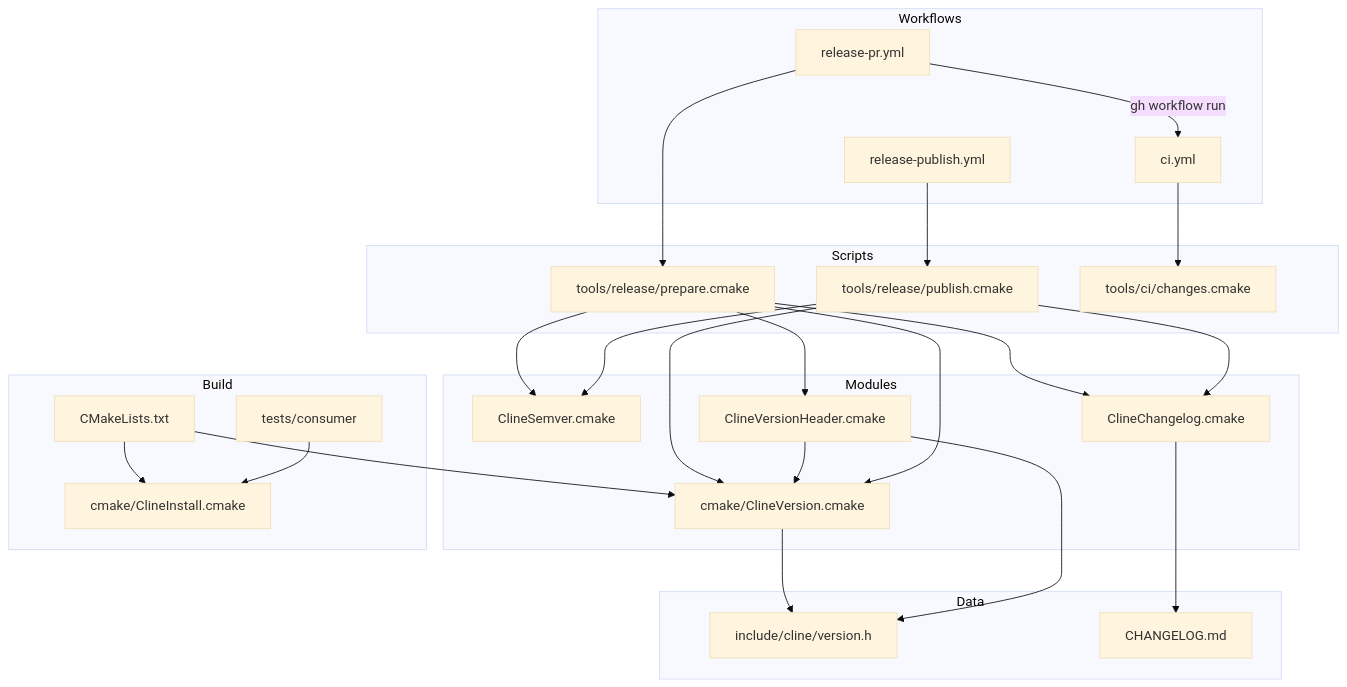
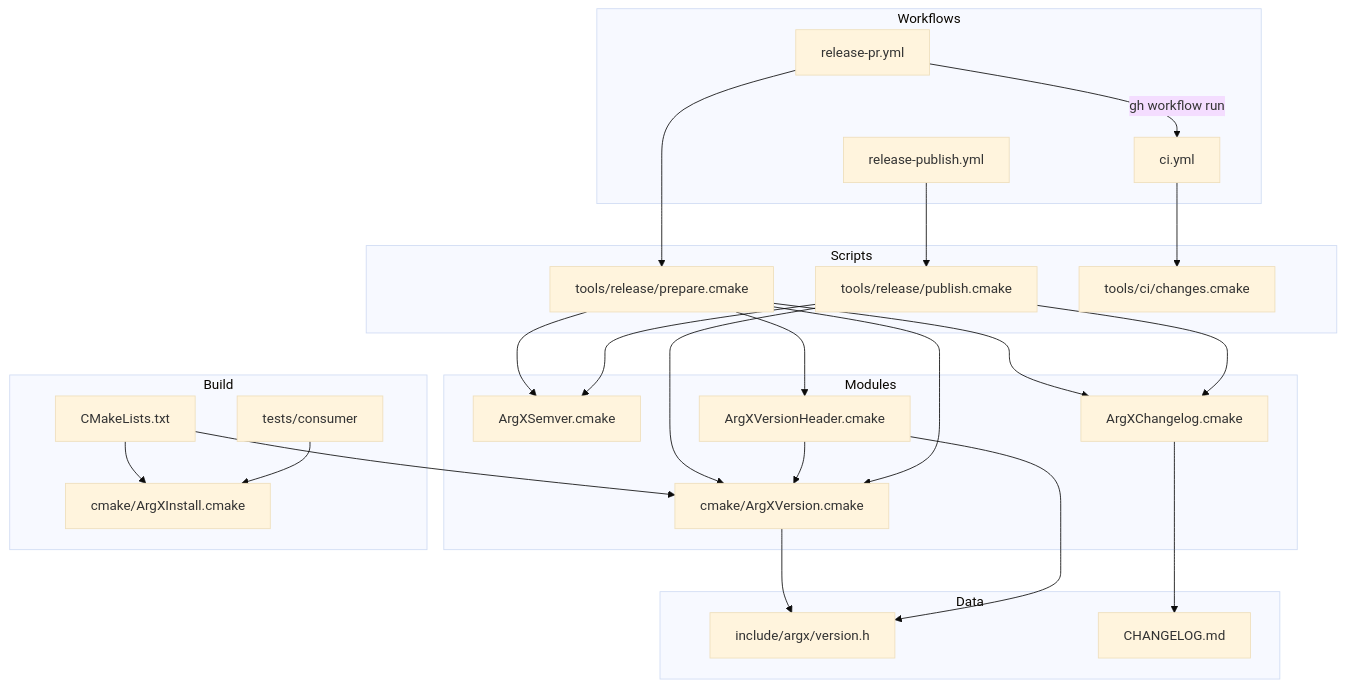
The first of 4 diagrams in .kiro/specs/release-automation/design.md (ktdevx/cargs), drawn with Mermaid (base theme) before and after one commit. The commit also changed other lines of this file and 177 other files, not shown here.

First line of the commit message:
Rename project from CLine to ArgX

````diff
--- a/.kiro/specs/release-automation/design.md
+++ b/.kiro/specs/release-automation/design.md
@@ -68,46 +68,46 @@
 ```mermaid
 graph TB
     subgraph Workflows
         ReleasePR[release-pr.yml]
         Publish[release-publish.yml]
         CI[ci.yml]
     end
     subgraph Scripts
         Prepare[tools/release/prepare.cmake]
         PublishScript[tools/release/publish.cmake]
         Changes[tools/ci/changes.cmake]
     end
     subgraph Modules
-        Semver[ClineSemver.cmake]
-        Changelog[ClineChangelog.cmake]
-        HeaderWriter[ClineVersionHeader.cmake]
-        VersionRead[cmake/ClineVersion.cmake]
+        Semver[ArgXSemver.cmake]
+        Changelog[ArgXChangelog.cmake]
+        HeaderWriter[ArgXVersionHeader.cmake]
+        VersionRead[cmake/ArgXVersion.cmake]
     end
     subgraph Data
-        Header[include/cline/version.h]
+        Header[include/argx/version.h]
         ChangelogFile[CHANGELOG.md]
     end
     subgraph Build
         TopCMake[CMakeLists.txt]
-        Install[cmake/ClineInstall.cmake]
+        Install[cmake/ArgXInstall.cmake]
         Consumer[tests/consumer]
     end
     ReleasePR --> Prepare
     ReleasePR -->|gh workflow run| CI
     Publish --> PublishScript
     CI --> Changes
     Prepare --> Semver
     Prepare --> Changelog
     Prepare --> HeaderWriter
     PublishScript --> Semver
     PublishScript --> Changelog
     PublishScript --> VersionRead
     HeaderWriter --> VersionRead
     Prepare --> VersionRead
     VersionRead --> Header
     HeaderWriter --> Header
     Changelog --> ChangelogFile
     TopCMake --> VersionRead
     TopCMake --> Install
     Consumer --> Install
 ```
````
